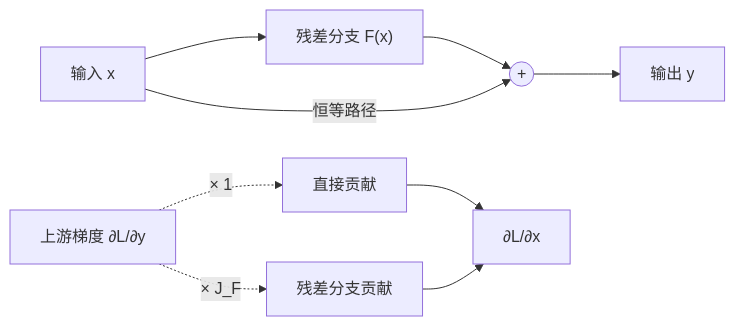
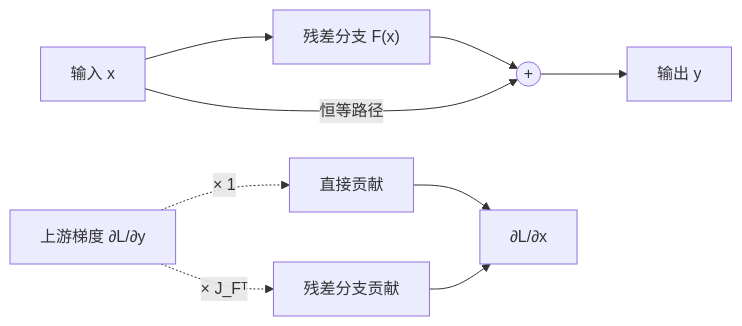
One commit to Yaoyaolingbro/hello-dl changed the diagram in docs/02-deep-learning/04-components/residual-connections.md. Above: the diagram before and after it, drawn with Mermaid. The commit also changed 3 other files, not shown here.

````diff
--- a/docs/02-deep-learning/04-components/residual-connections.md
+++ b/docs/02-deep-learning/04-components/residual-connections.md
@@ -32,9 +32,9 @@
 ```mermaid
 flowchart LR
     x["输入 x"] --> f["残差分支 F(x)"] --> add(("+")) --> y["输出 y"]
     x -- "恒等路径" --> add
     gy["上游梯度 ∂L/∂y"] -. "× 1" .-> direct["直接贡献"]
-    gy -. "× J_F" .-> branch["残差分支贡献"]
+    gy -. "× J_Fᵀ" .-> branch["残差分支贡献"]
     direct --> gx["∂L/∂x"]
     branch --> gx
 ```
````
